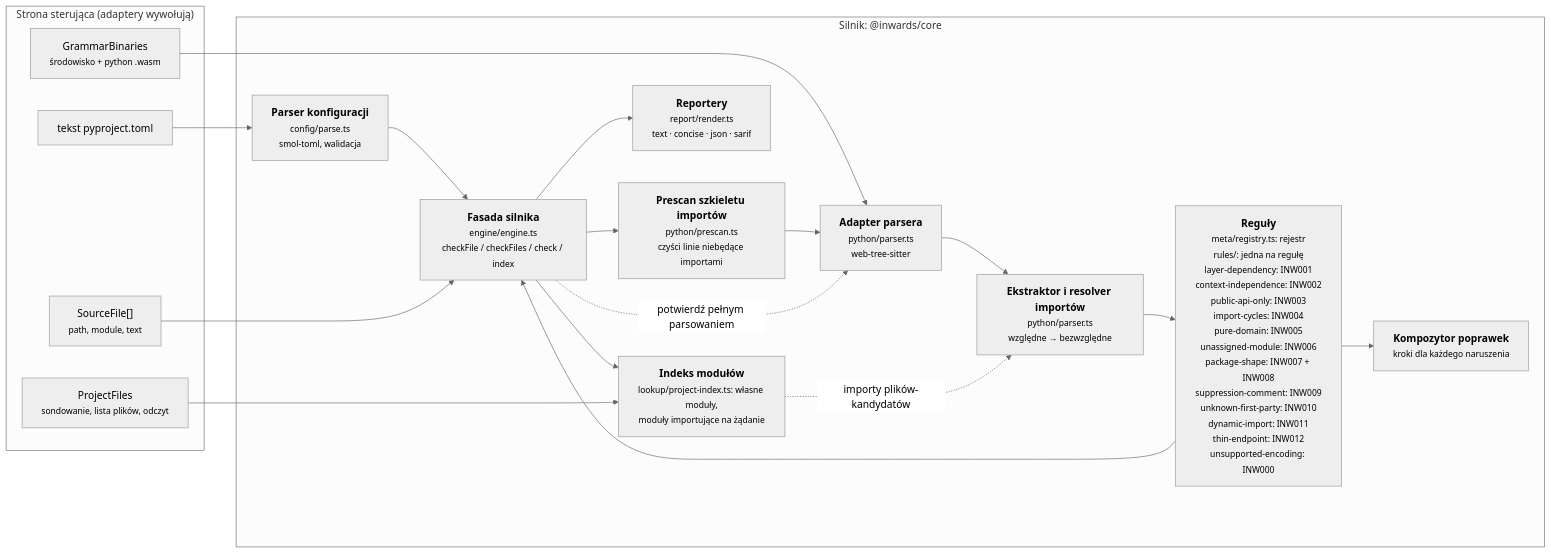
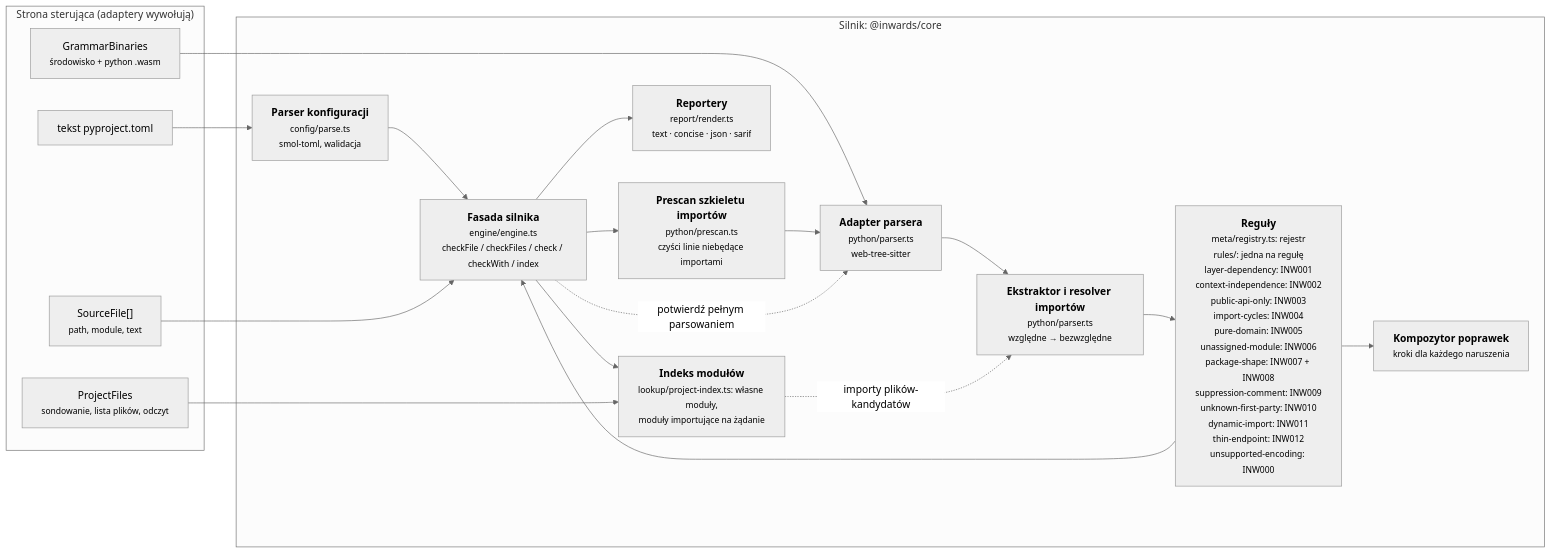
The third of 6 diagrams in docs/pl/03-Architecture-C4.md (SirCypkowskyy/inwards), drawn with Mermaid (neutral theme) before and after one commit. The commit also changed other lines of this file and 35 other files, not shown here.

````diff
--- a/docs/pl/03-Architecture-C4.md
+++ b/docs/pl/03-Architecture-C4.md
@@ -104,33 +104,33 @@
 ```mermaid
 flowchart LR
     subgraph driving["Strona sterująca (adaptery wywołują)"]
         files["SourceFile[]<br/><small>path, module, text</small>"]
         cfgtext["tekst pyproject.toml"]
         wasm["GrammarBinaries<br/><small>środowisko + python .wasm</small>"]
         pfiles["ProjectFiles<br/><small>sondowanie, lista plików, odczyt</small>"]
     end
 
     subgraph enginebox["Silnik: @inwards/core"]
         config["<b>Parser konfiguracji</b><br/><small>config/parse.ts<br/>smol-toml, walidacja</small>"]
         pre["<b>Prescan szkieletu importów</b><br/><small>python/prescan.ts<br/>czyści linie niebędące importami</small>"]
         parser["<b>Adapter parsera</b><br/><small>python/parser.ts<br/>web-tree-sitter</small>"]
         extract["<b>Ekstraktor i resolver importów</b><br/><small>python/parser.ts<br/>względne → bezwzględne</small>"]
         rules["<b>Reguły</b><br/><small>meta/registry.ts: rejestr<br/>rules/: jedna na regułę<br/>layer-dependency: INW001<br/>context-independence: INW002<br/>public-api-only: INW003<br/>import-cycles: INW004<br/>pure-domain: INW005<br/>unassigned-module: INW006<br/>package-shape: INW007 + INW008<br/>suppression-comment: INW009<br/>unknown-first-party: INW010<br/>dynamic-import: INW011<br/>thin-endpoint: INW012<br/>unsupported-encoding: INW000</small>"]
         fix["<b>Kompozytor poprawek</b><br/><small>kroki dla każdego naruszenia</small>"]
         report["<b>Reportery</b><br/><small>report/render.ts<br/>text · concise · json · sarif</small>"]
-        engine["<b>Fasada silnika</b><br/><small>engine/engine.ts<br/>checkFile / checkFiles / check / index</small>"]
+        engine["<b>Fasada silnika</b><br/><small>engine/engine.ts<br/>checkFile / checkFiles / check / checkWith / index</small>"]
         modgraph["<b>Indeks modułów</b><br/><small>lookup/project-index.ts: własne moduły,<br/>moduły importujące na żądanie</small>"]
     end
 
     cfgtext --> config --> engine
     wasm --> parser
     files --> engine
     engine --> pre --> parser --> extract --> rules
     rules --> fix
     rules --> engine
     engine -. "potwierdź pełnym parsowaniem" .-> parser
     engine --> modgraph
     pfiles --> modgraph
     modgraph -. "importy plików-kandydatów" .-> extract
     engine --> report
 ```
````
